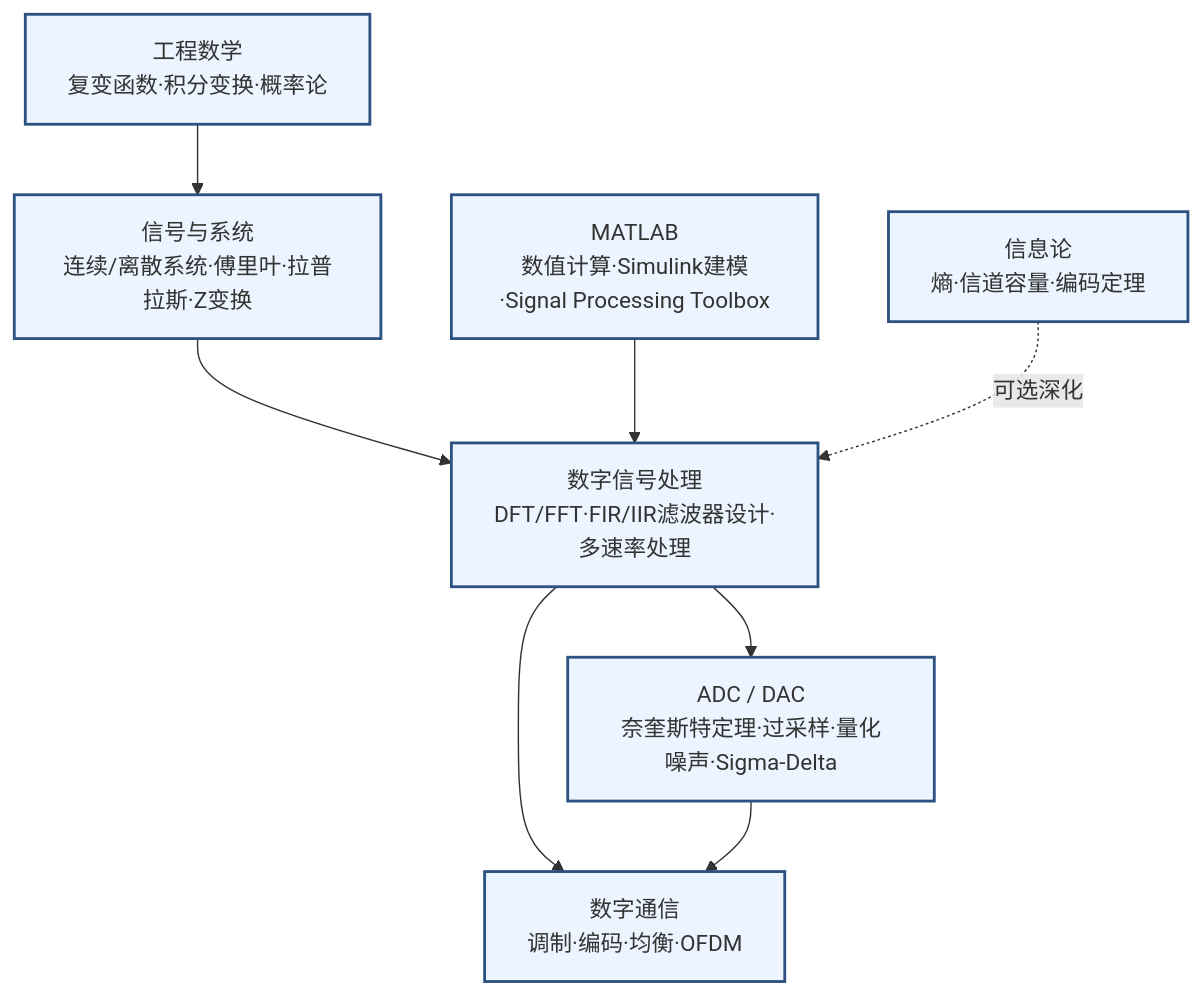
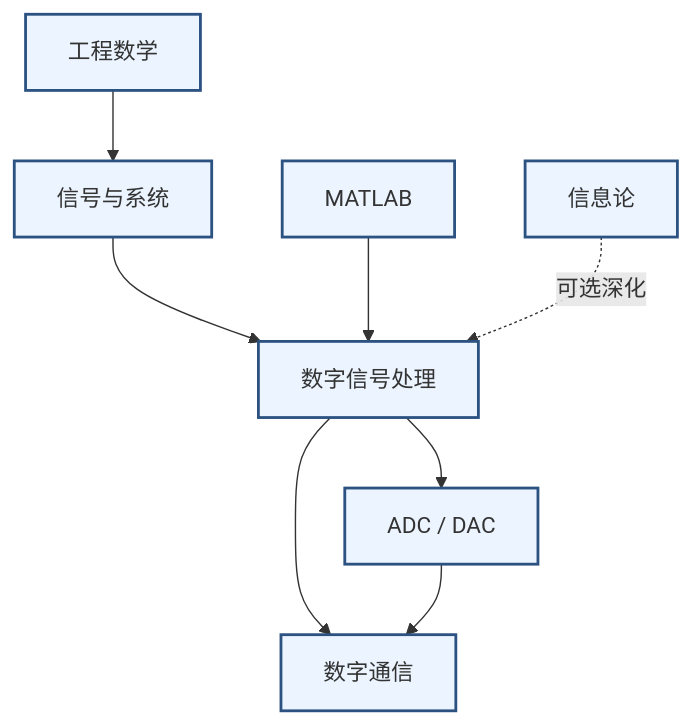
Before and after one commit to Crys-Chen/ic-guide: the fourth of 6 diagrams in docs/知识谱系.md, drawn with Mermaid. The commit also changed other lines of this file and 17 other files, not shown here.

````diff
--- a/docs/知识谱系.md
+++ b/docs/知识谱系.md
@@ -148,21 +148,21 @@
 ```mermaid
 graph TB
-    EM["工程数学\n复变函数·积分变换·概率论"]
-    SS["信号与系统\n连续/离散系统·傅里叶·拉普拉斯·Z变换"]
-    MATLAB["MATLAB\n数值计算·Simulink建模·Signal Processing Toolbox"]
-    DSP["数字信号处理\nDFT/FFT·FIR/IIR滤波器设计·多速率处理"]
-    ADDA["ADC / DAC\n奈奎斯特定理·过采样·量化噪声·Sigma-Delta"]
-    IT["信息论\n熵·信道容量·编码定理"]
-    COM["数字通信\n调制·编码·均衡·OFDM"]
+    EM["工程数学"]
+    SS["信号与系统"]
+    MATLAB["MATLAB"]
+    DSP["数字信号处理"]
+    ADDA["ADC / DAC"]
+    IT["信息论"]
+    COM["数字通信"]
     
     EM --> SS
     SS --> DSP
     MATLAB --> DSP
     DSP --> ADDA
     IT -.->|可选深化| DSP
     DSP --> COM
     ADDA --> COM
     
     classDef signal fill:#EBF4FF,stroke:#2C5282,stroke-width:2px
     class EM,SS,MATLAB,DSP,ADDA,IT,COM signal
 ```
````
